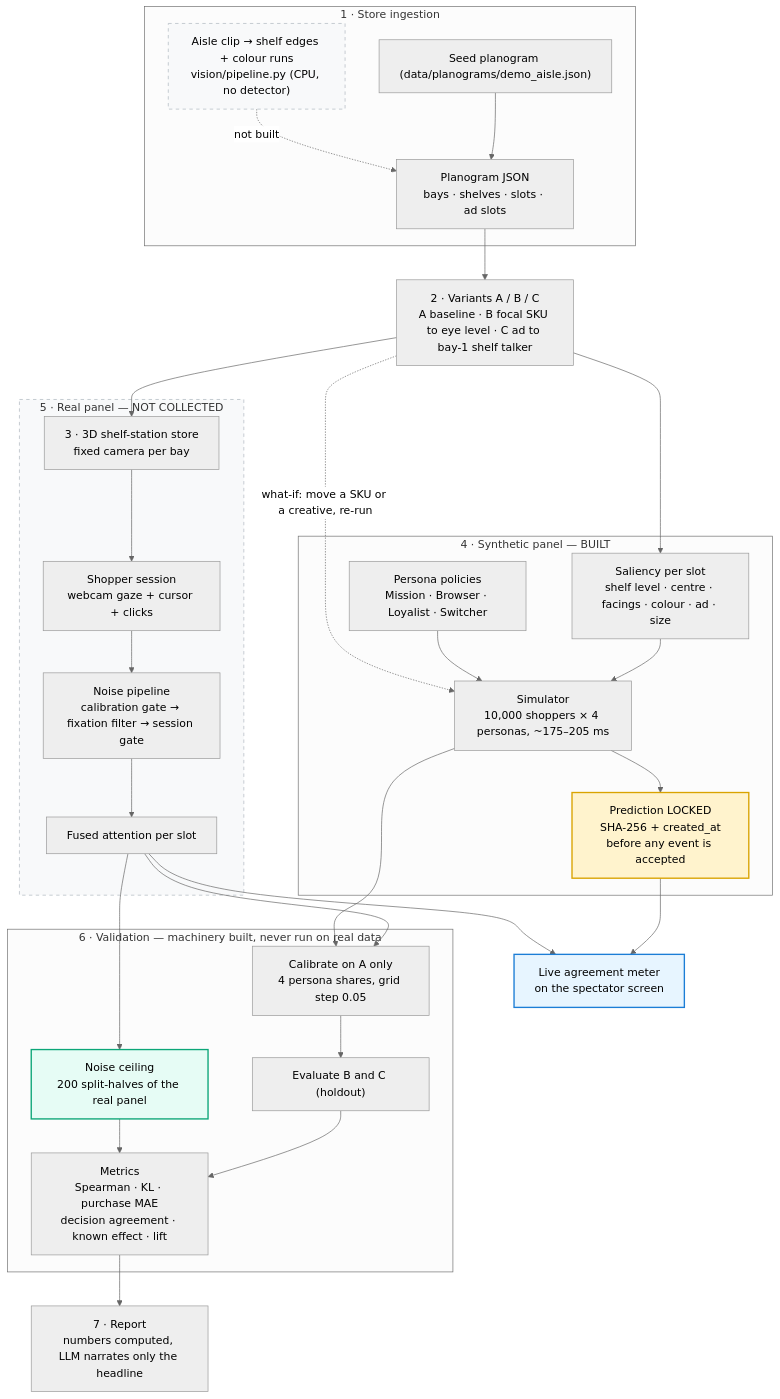
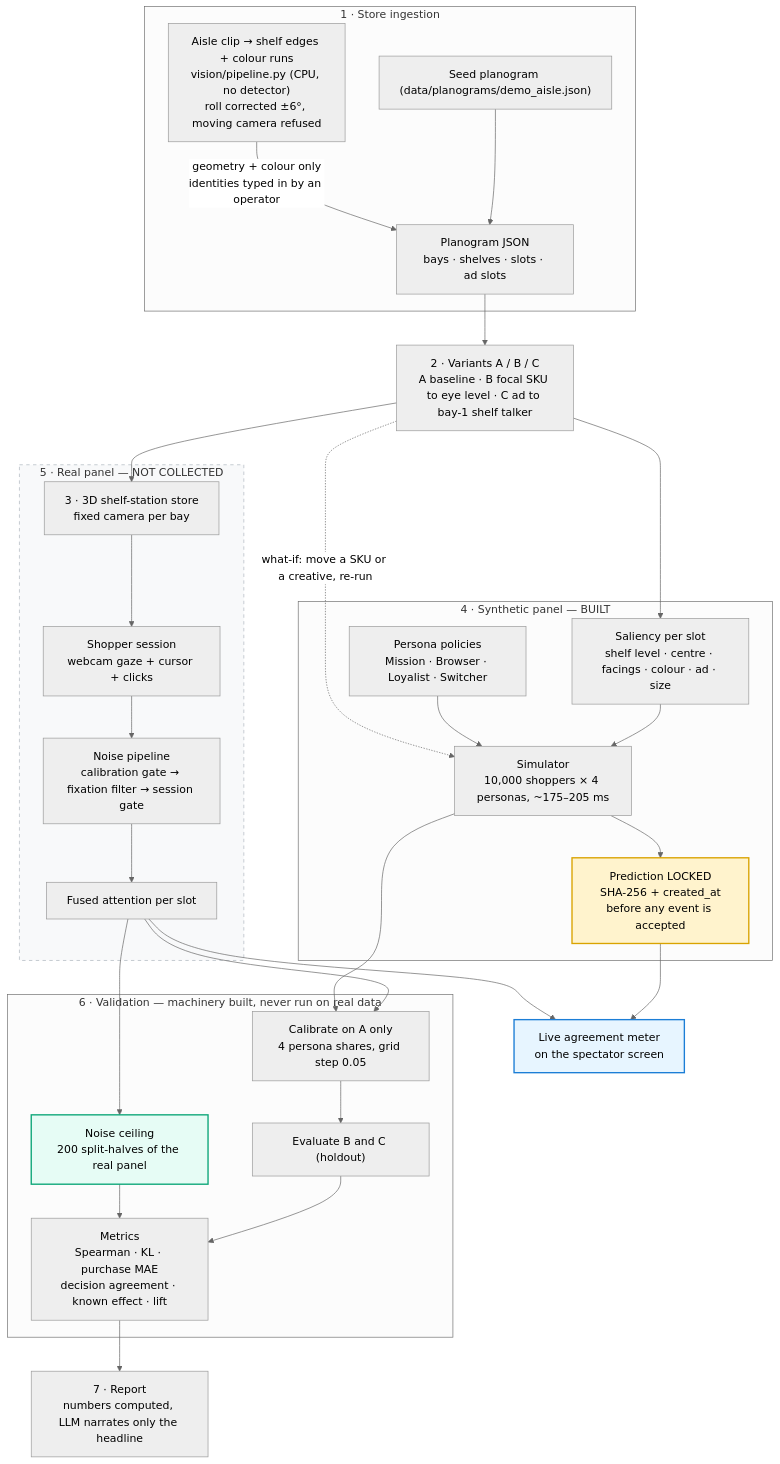
One commit to vinothcoderofficial-ai/ai-persona-panel changed the diagram in README.md. Above: the diagram before and after it, drawn with Mermaid (neutral theme). The commit also changed other lines of this file and 4 other files, not shown here.

````diff
--- a/README.md
+++ b/README.md
@@ -55,48 +60,47 @@
 ```mermaid
 flowchart TD
     subgraph IN["1 · Store ingestion"]
         MAN["Seed planogram (data/planograms/demo_aisle.json)"]
-        DET["Aisle clip → shelf edges + colour runs<br/>vision/pipeline.py (CPU, no detector)"]
+        DET["Aisle clip → shelf edges + colour runs<br/>vision/pipeline.py (CPU, no detector)<br/>roll corrected ±6°, moving camera refused"]
         MAN --> PG["Planogram JSON<br/>bays · shelves · slots · ad slots"]
-        DET -. not built .-> PG
+        DET -- "geometry + colour only<br/>identities typed in by an operator" --> PG
     end
 
     PG --> VAR["2 · Variants A / B / C<br/>A baseline · B focal SKU to eye level · C ad to bay-1 shelf talker"]
 
     VAR --> STORE["3 · 3D shelf-station store<br/>fixed camera per bay"]
     VAR --> SAL["Saliency per slot<br/>shelf level · centre · facings · colour · ad · size"]
 
     subgraph SYN["4 · Synthetic panel — BUILT"]
         POL["Persona policies<br/>Mission · Browser · Loyalist · Switcher"]
         SAL --> SIM["Simulator<br/>10,000 shoppers × 4 personas, ~175–205 ms"]
         POL --> SIM
         SIM --> LOCK["Prediction LOCKED<br/>SHA-256 + created_at<br/>before any event is accepted"]
     end
 
     subgraph REAL["5 · Real panel — NOT COLLECTED"]
         STORE --> SESS["Shopper session<br/>webcam gaze + cursor + clicks"]
         SESS --> NOISE["Noise pipeline<br/>calibration gate → fixation filter → session gate"]
         NOISE --> FUSE["Fused attention per slot"]
     end
 
     LOCK --> LIVE["Live agreement meter<br/>on the spectator screen"]
     FUSE --> LIVE
 
     subgraph VAL["6 · Validation — machinery built, never run on real data"]
         FUSE --> CAL["Calibrate on A only<br/>4 persona shares, grid step 0.05"]
         SIM --> CAL
         CAL --> HOLD["Evaluate B and C (holdout)"]
         FUSE --> NC["Noise ceiling<br/>200 split-halves of the real panel"]
         HOLD --> MET["Metrics<br/>Spearman · KL · purchase MAE<br/>decision agreement · known effect · lift"]
         NC --> MET
     end
 
     MET --> REP["7 · Report<br/>numbers computed, LLM narrates only the headline"]
     VAR -. "what-if: move a SKU or a creative, re-run" .-> SIM
 
     style LOCK fill:#fff3cd,stroke:#d9a300,stroke-width:2px
     style LIVE fill:#e7f5ff,stroke:#1c7ed6,stroke-width:2px
     style NC fill:#e6fcf5,stroke:#0ca678,stroke-width:2px
     style REAL fill:#f8f9fa,stroke:#adb5bd,stroke-dasharray: 5 5
-    style DET fill:#f8f9fa,stroke:#adb5bd,stroke-dasharray: 5 5
 ```
````
